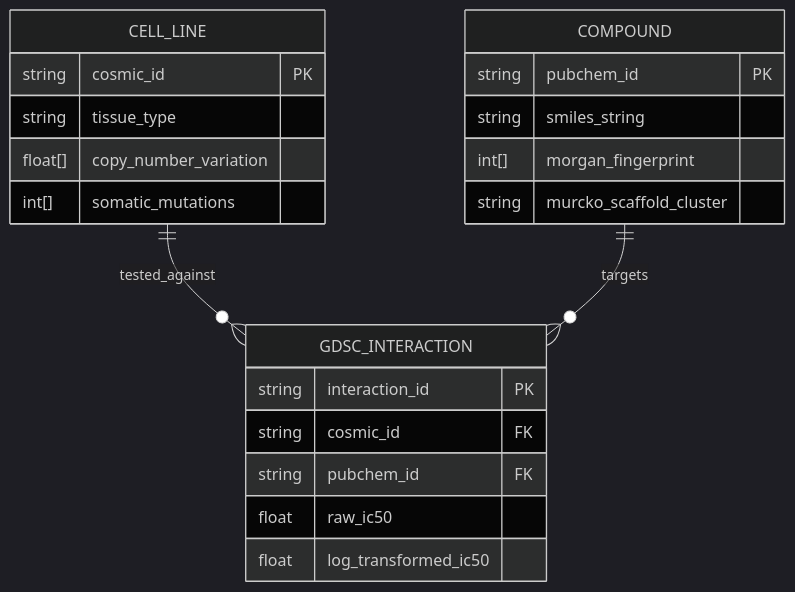
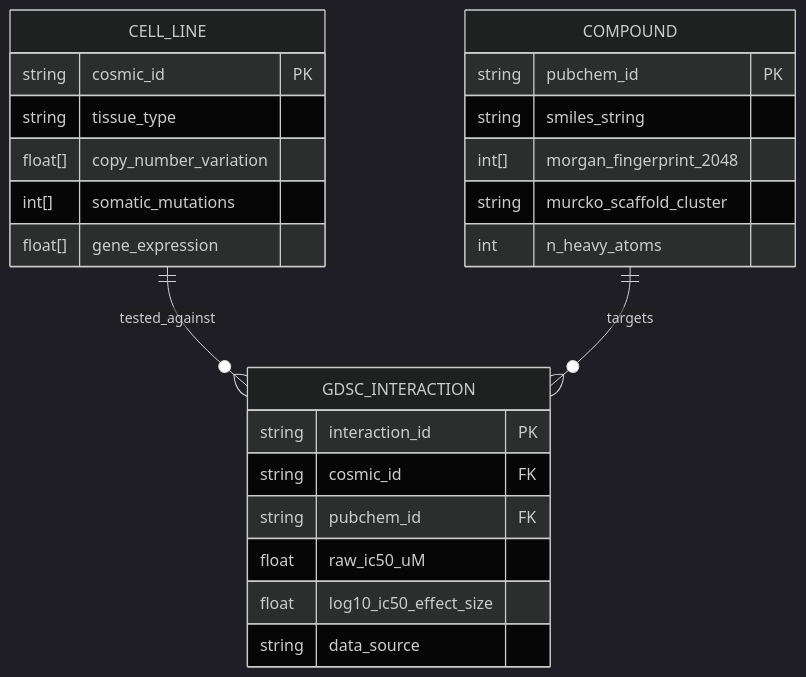
Before and after one commit to Panchadip-128/Cross-Attention-Fusion-based-Drug-Sensitivity-Detection: the first of 7 diagrams in README.md, drawn with Mermaid (dark theme). The commit also changed other lines of this file, not shown here.

Commit message:
docs: complete DeepMind-grade README rewrite with narrative, formal math, and full figure captions

````diff
--- a/README.md
+++ b/README.md
@@ -58,27 +97,30 @@
 ```mermaid
 erDiagram
     CELL_LINE ||--o{ GDSC_INTERACTION : "tested_against"
     COMPOUND ||--o{ GDSC_INTERACTION : "targets"
-    
+
     CELL_LINE {
         string cosmic_id PK
         string tissue_type
-        float[] copy_number_variation
-        int[] somatic_mutations
+        float[]  copy_number_variation
+        int[]    somatic_mutations
+        float[]  gene_expression
     }
-    
+
     COMPOUND {
         string pubchem_id PK
         string smiles_string
-        int[] morgan_fingerprint
+        int[]  morgan_fingerprint_2048
         string murcko_scaffold_cluster
+        int    n_heavy_atoms
     }
-    
+
     GDSC_INTERACTION {
         string interaction_id PK
         string cosmic_id FK
         string pubchem_id FK
-        float raw_ic50
-        float log_transformed_ic50
+        float  raw_ic50_uM
+        float  log10_ic50_effect_size
+        string data_source
     }
 ```
````
